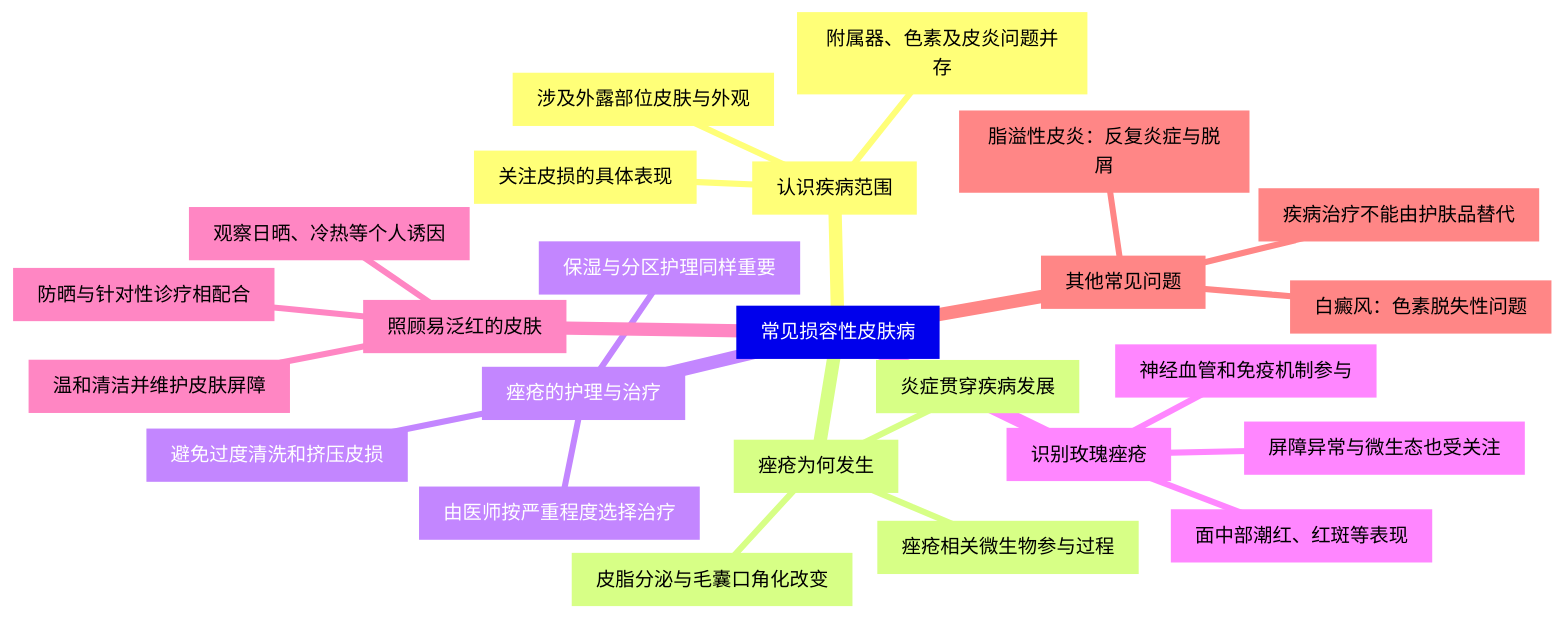
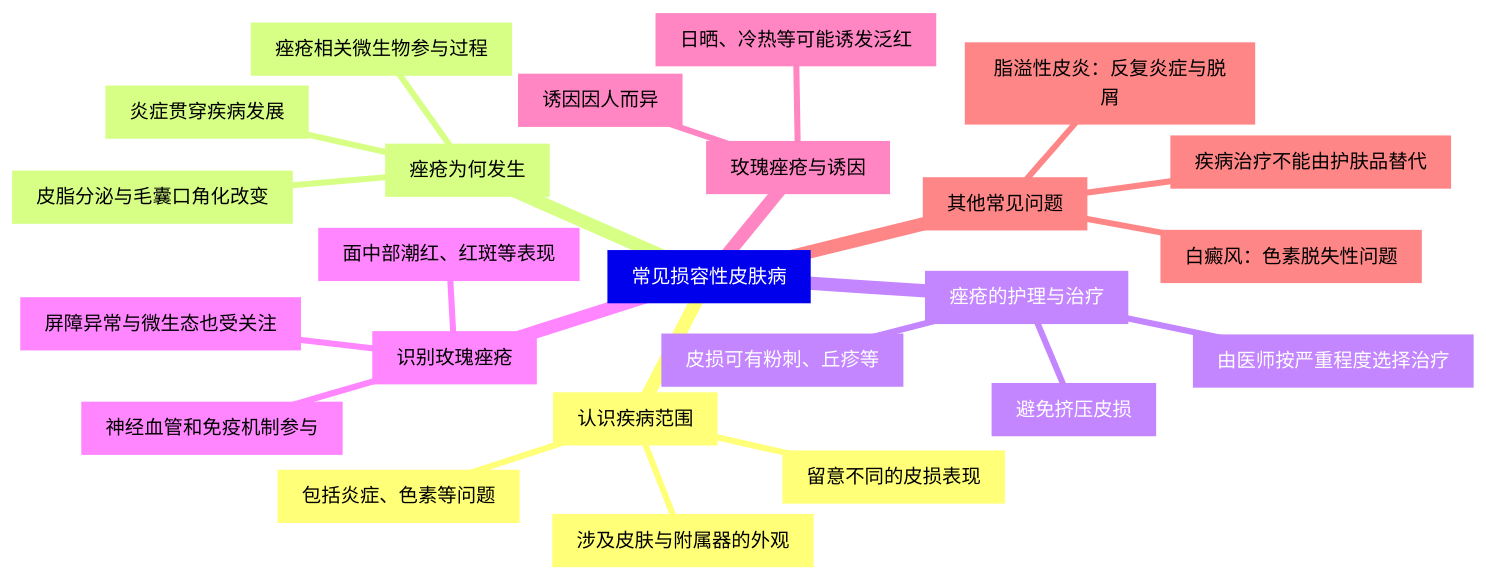
The diagram in docs/assets/lessons/common-dermatoses.mmd (hanson2017ear/skin-barrier-skincare-course), drawn with Mermaid before and after one commit. The commit also changed 54 other files, not shown here.

Commit message:
Correct course chronology and teaching attribution; refine notes and diagrams

```diff
--- a/docs/assets/lessons/common-dermatoses.mmd
+++ b/docs/assets/lessons/common-dermatoses.mmd
@@ -1,26 +1,25 @@
 mindmap
   root["常见损容性皮肤病"]
     b1["认识疾病范围"]
-      b1n1["涉及外露部位皮肤与外观"]
-      b1n2["附属器、色素及皮炎问题并存"]
-      b1n3["关注皮损的具体表现"]
+      b1n1["涉及皮肤与附属器的外观"]
+      b1n2["包括炎症、色素等问题"]
+      b1n3["留意不同的皮损表现"]
     b2["痤疮为何发生"]
       b2n1["皮脂分泌与毛囊口角化改变"]
       b2n2["痤疮相关微生物参与过程"]
       b2n3["炎症贯穿疾病发展"]
     b3["痤疮的护理与治疗"]
-      b3n1["避免过度清洗和挤压皮损"]
-      b3n2["保湿与分区护理同样重要"]
+      b3n1["避免挤压皮损"]
+      b3n2["皮损可有粉刺、丘疹等"]
       b3n3["由医师按严重程度选择治疗"]
     b4["识别玫瑰痤疮"]
       b4n1["面中部潮红、红斑等表现"]
       b4n2["神经血管和免疫机制参与"]
       b4n3["屏障异常与微生态也受关注"]
-    b5["照顾易泛红的皮肤"]
-      b5n1["观察日晒、冷热等个人诱因"]
-      b5n2["温和清洁并维护皮肤屏障"]
-      b5n3["防晒与针对性诊疗相配合"]
+    b5["玫瑰痤疮与诱因"]
+      b5n1["日晒、冷热等可能诱发泛红"]
+      b5n2["诱因因人而异"]
     b6["其他常见问题"]
       b6n1["脂溢性皮炎：反复炎症与脱屑"]
       b6n2["白癜风：色素脱失性问题"]
       b6n3["疾病治疗不能由护肤品替代"]
```
